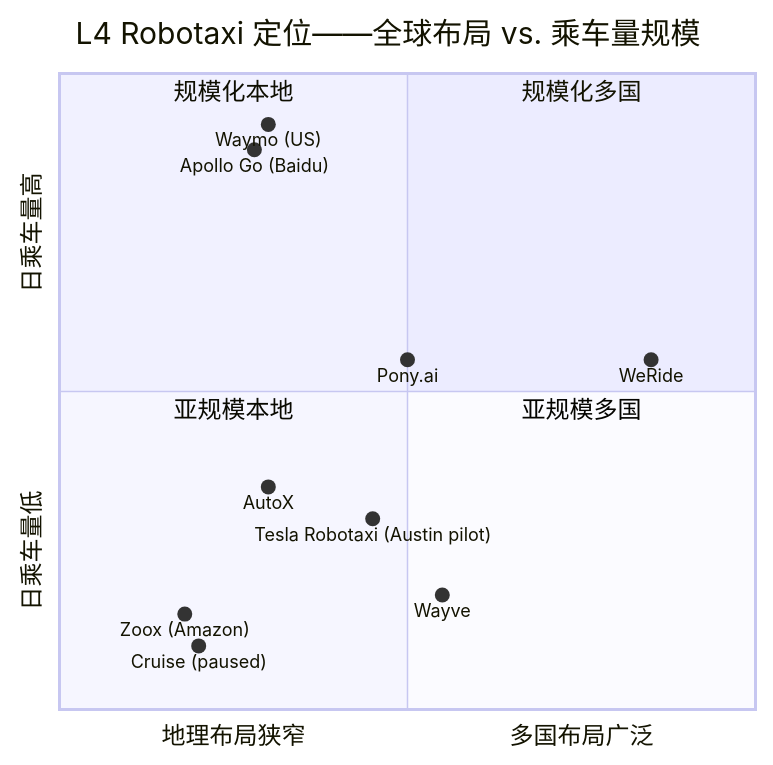
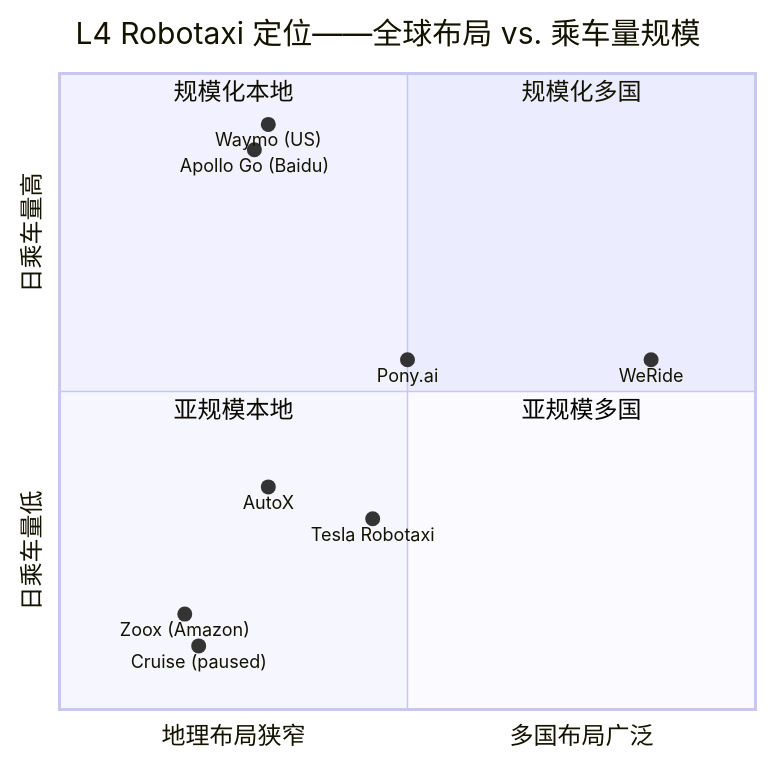
The sixth of 6 diagrams in reports/company/WeRide_NASDAQ_WRD/WeRide_NASDAQ_WRD_公司研究.md (dadachundan/financial_agent), drawn with Mermaid before and after one commit. The commit also changed other lines of this file, not shown here.

First line of the commit message:
feat(company-research): refresh WeRide (WRD) — full chart suite + decision layer + SEC URL fix

````diff
--- a/reports/company/WeRide_NASDAQ_WRD/WeRide_NASDAQ_WRD_公司研究.md
+++ b/reports/company/WeRide_NASDAQ_WRD/WeRide_NASDAQ_WRD_公司研究.md
@@ -270,19 +593,18 @@
 ```mermaid
 quadrantChart
     title L4 Robotaxi 定位——全球布局 vs. 乘车量规模
     x-axis "地理布局狭窄" --> "多国布局广泛"
     y-axis "日乘车量低" --> "日乘车量高"
     quadrant-1 "规模化多国"
     quadrant-2 "规模化本地"
     quadrant-3 "亚规模本地"
     quadrant-4 "亚规模多国"
     "Waymo (US)": [0.30, 0.92]
     "Apollo Go (Baidu)": [0.28, 0.88]
     "Pony.ai": [0.50, 0.55]
     "WeRide": [0.85, 0.55]
     "AutoX": [0.30, 0.35]
-    "Tesla Robotaxi (Austin pilot)": [0.45, 0.30]
+    "Tesla Robotaxi": [0.45, 0.30]
     "Zoox (Amazon)": [0.18, 0.15]
-    "Wayve": [0.55, 0.18]
     "Cruise (paused)": [0.20, 0.10]
 ```
````
